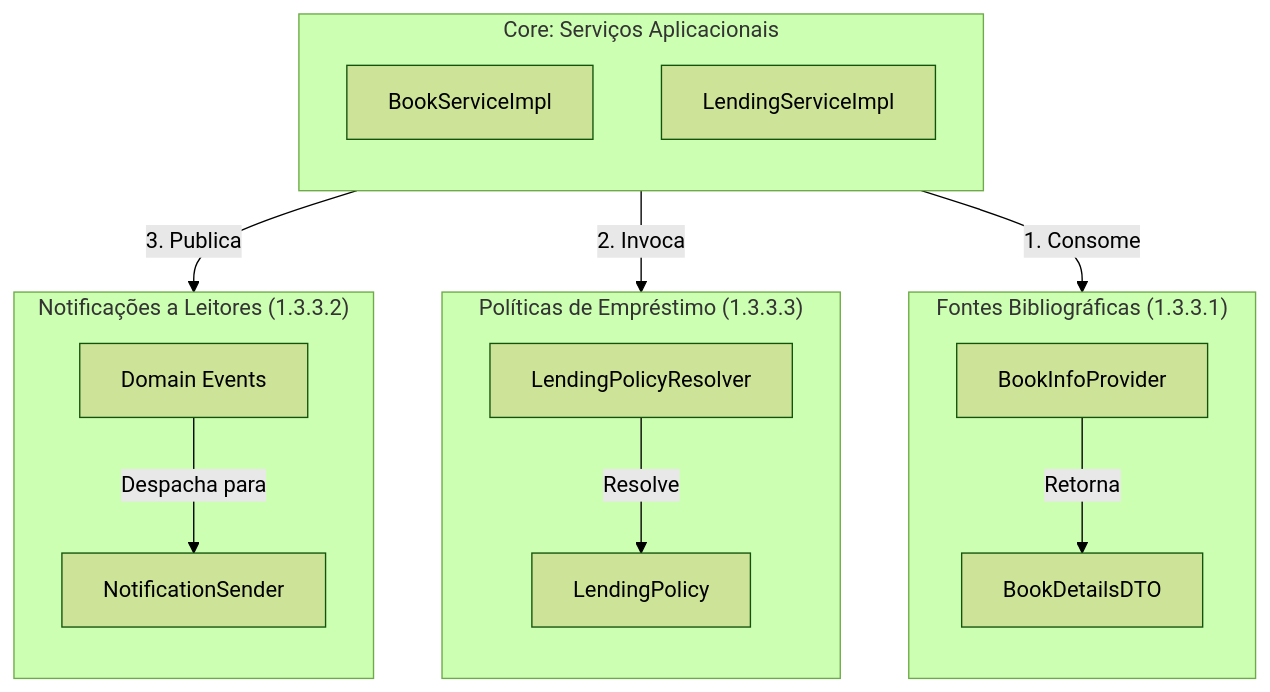
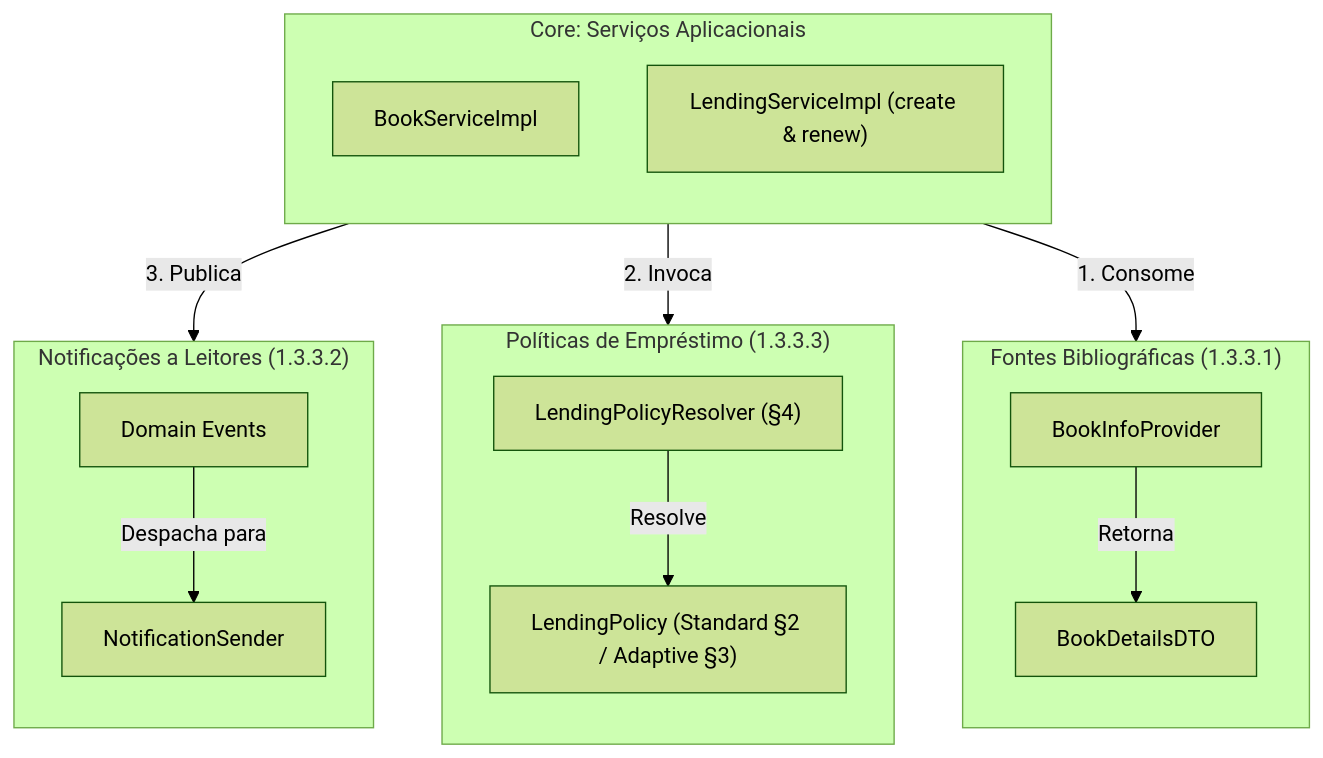
Before and after one commit to RafaelBrandao04/psoft-project-2026-1: the diagram in Docs/ARQSOFT/arqsoft-documentation.md, drawn with Mermaid (forest theme). The commit also changed other lines of this file and 22 other files, not shown here.

````diff
--- a/Docs/ARQSOFT/arqsoft-documentation.md
+++ b/Docs/ARQSOFT/arqsoft-documentation.md
@@ -280,33 +245,33 @@
 ```mermaid
 graph TB
     subgraph Core["Core: Serviços Aplicacionais"]
         direction TB
         BS["BookServiceImpl"]
-        LS["LendingServiceImpl"]
+        LS["LendingServiceImpl (create & renew)"]
     end
 
     subgraph M1["Fontes Bibliográficas (1.3.3.1)"]
         direction TB
         BIP["BookInfoProvider"]
         BDTO["BookDetailsDTO"]
         BIP -->|Retorna| BDTO
     end
 
     subgraph M3["Políticas de Empréstimo (1.3.3.3)"]
         direction TB
-        LPR["LendingPolicyResolver"]
-        LP["LendingPolicy"]
+        LPR["LendingPolicyResolver (§4)"]
+        LP["LendingPolicy (Standard §2 / Adaptive §3)"]
         LPR -->|Resolve| LP
     end
 
     subgraph M2["Notificações a Leitores (1.3.3.2)"]
         direction TB
         EVT["Domain Events"]
         NOTIF["NotificationSender"]
         EVT -->|Despacha para| NOTIF
     end
 
     BS -->|1. Consome| BIP
     LS -->|2. Invoca| LPR
     LS -->|3. Publica| EVT
 ```
````
